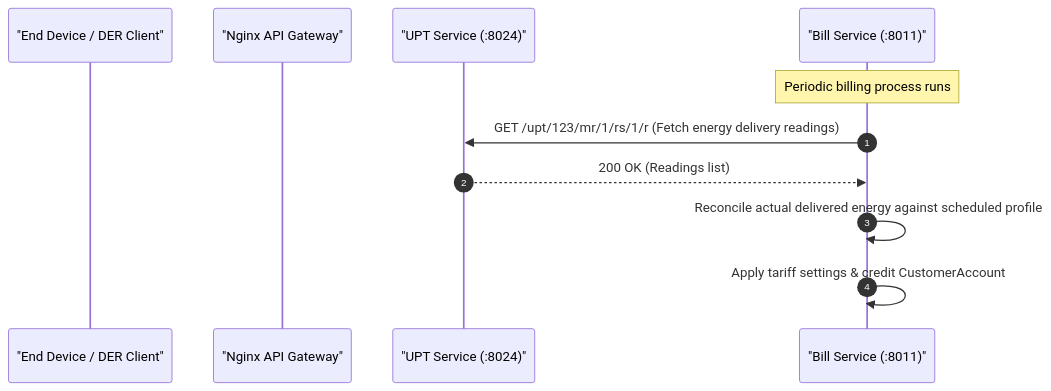
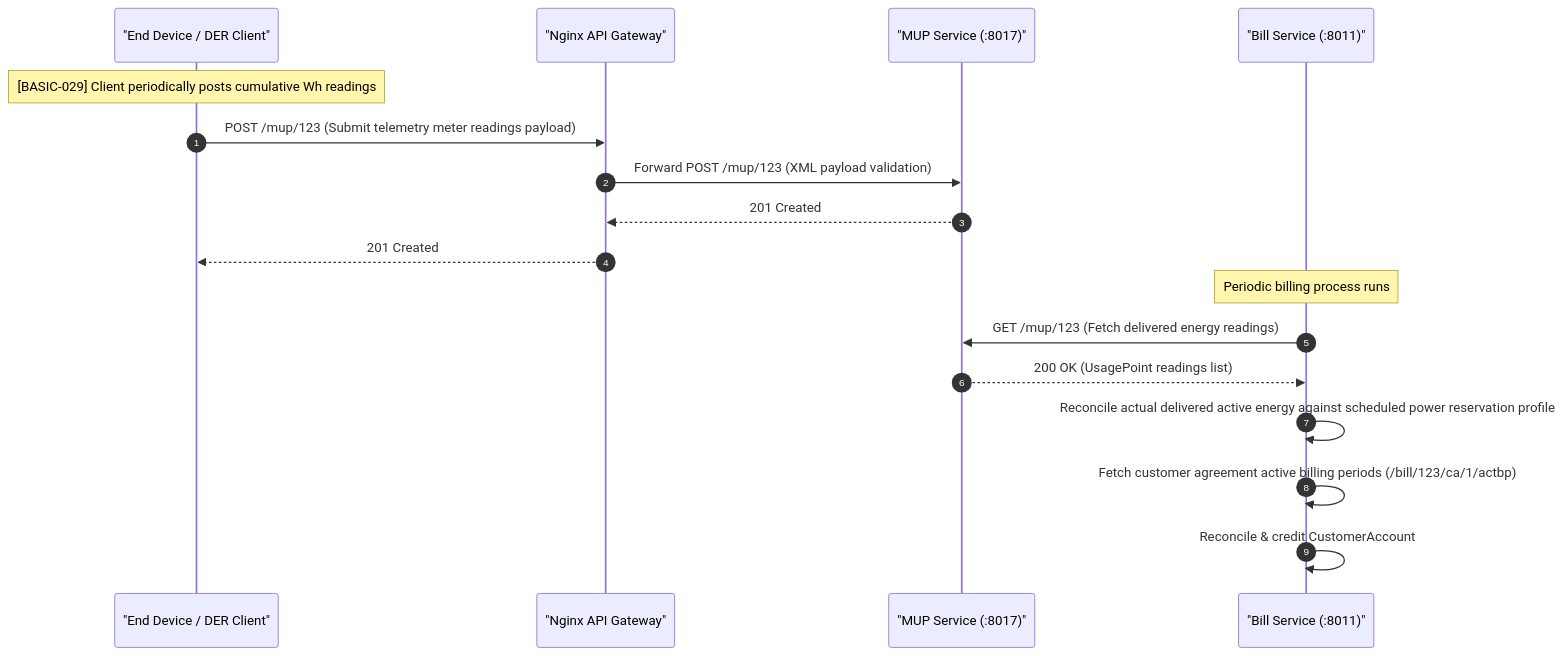
One commit to Tylores/egot changed the sixth of 6 diagrams in lifecycles/energy_scheduling.md. Above: the diagram before and after it, drawn with Mermaid. The commit also changed other lines of this file and 68 other files, not shown here.

Commit message:
refactor: migrate to microservices architecture, add validation tools and scenario tests

````diff
--- a/lifecycles/energy_scheduling.md
+++ b/lifecycles/energy_scheduling.md
@@ -102,14 +169,22 @@
 ```mermaid
 sequenceDiagram
     autonumber
     participant Client as "End Device / DER Client"
     participant GW as "Nginx API Gateway"
-    participant UPT as "UPT Service (:8024)"
+    participant MUP as "MUP Service (:8017)"
     participant Bill as "Bill Service (:8011)"
 
+    Note over Client: [BASIC-029] Client periodically posts cumulative Wh readings
+    Client->>GW: POST /mup/123 (Submit telemetry meter readings payload)
+    GW->>MUP: Forward POST /mup/123 (XML payload validation)
+    MUP-->>GW: 201 Created
+    GW-->>Client: 201 Created
+
     Note over Bill: Periodic billing process runs
-    Bill->>UPT: GET /upt/123/mr/1/rs/1/r (Fetch energy delivery readings)
-    UPT-->>Bill: 200 OK (Readings list)
-    Bill->>Bill: Reconcile actual delivered energy against scheduled profile
-    Bill->>Bill: Apply tariff settings & credit CustomerAccount
+    Bill->>MUP: GET /mup/123 (Fetch delivered energy readings)
+    MUP-->>Bill: 200 OK (UsagePoint readings list)
+    
+    Bill->>Bill: Reconcile actual delivered active energy against scheduled power reservation profile
+    Bill->>Bill: Fetch customer agreement active billing periods (/bill/123/ca/1/actbp)
+    Bill->>Bill: Reconcile & credit CustomerAccount
 ```
````
